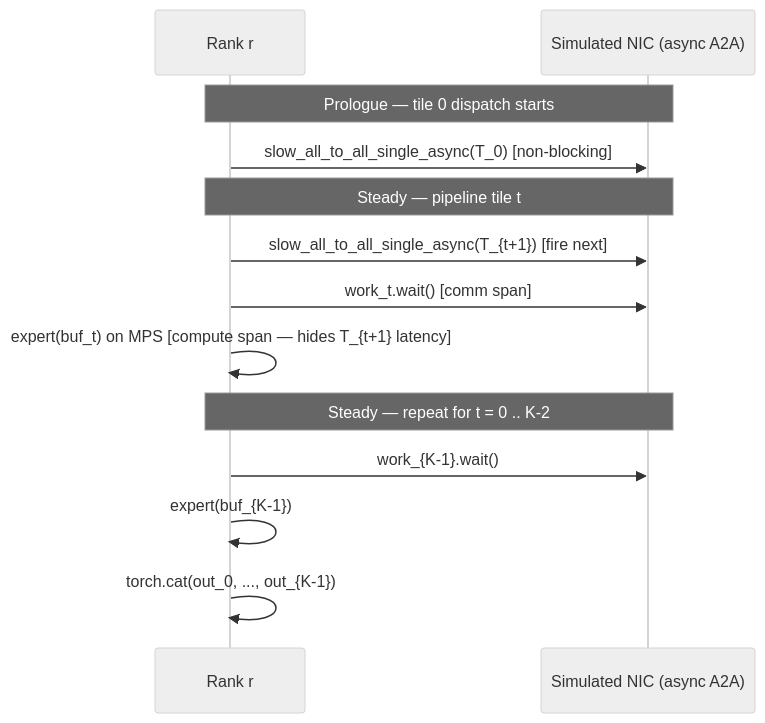
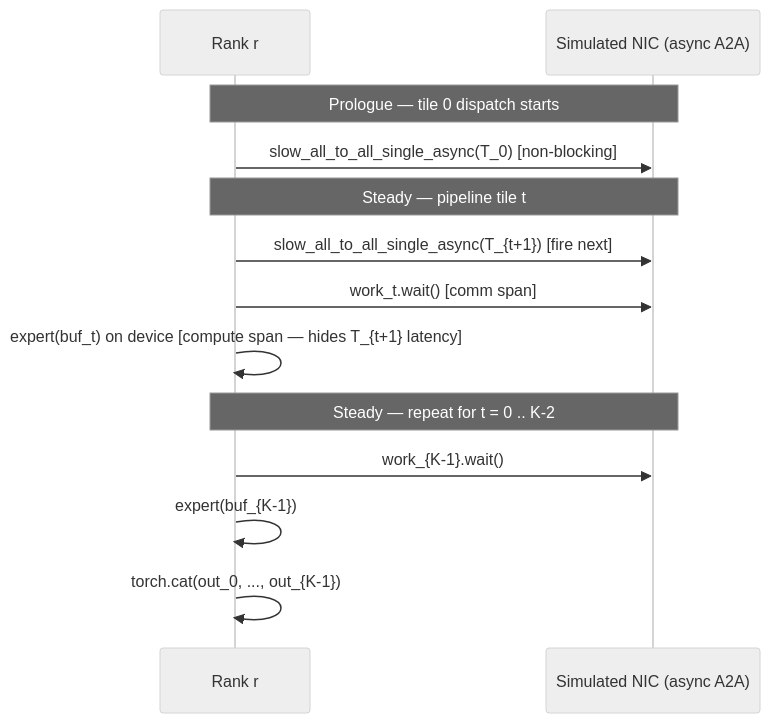
The diagram in 4_expert_parallel/2_lightning_moe.md (duoan/micro-trainer), drawn with Mermaid (neutral theme) before and after one commit. The commit also changed other lines of this file and 17 other files, not shown here.

Commit message:
Refactor README and demo documentation to clarify device usage and communication patterns. Update references from MPS to device for consistency across modules, ensuring clear guidelines for tensor operations and backend configurations.

````diff
--- a/4_expert_parallel/2_lightning_moe.md
+++ b/4_expert_parallel/2_lightning_moe.md
@@ -39,19 +39,19 @@
 ```mermaid
 sequenceDiagram
     participant Rank as Rank r
     participant NIC as Simulated NIC (async A2A)
 
     Note over Rank,NIC: Prologue — tile 0 dispatch starts
     Rank->>NIC: slow_all_to_all_single_async(T_0) [non-blocking]
 
     Note over Rank,NIC: Steady — pipeline tile t
     Rank->>NIC: slow_all_to_all_single_async(T_{t+1}) [fire next]
     Rank->>NIC: work_t.wait() [comm span]
-    Rank->>Rank: expert(buf_t) on MPS [compute span — hides T_{t+1} latency]
+    Rank->>Rank: expert(buf_t) on device [compute span — hides T_{t+1} latency]
 
     Note over Rank,NIC: Steady — repeat for t = 0 .. K-2
 
     Rank->>NIC: work_{K-1}.wait()
     Rank->>Rank: expert(buf_{K-1})
     Rank->>Rank: torch.cat(out_0, ..., out_{K-1})
 ```
````
